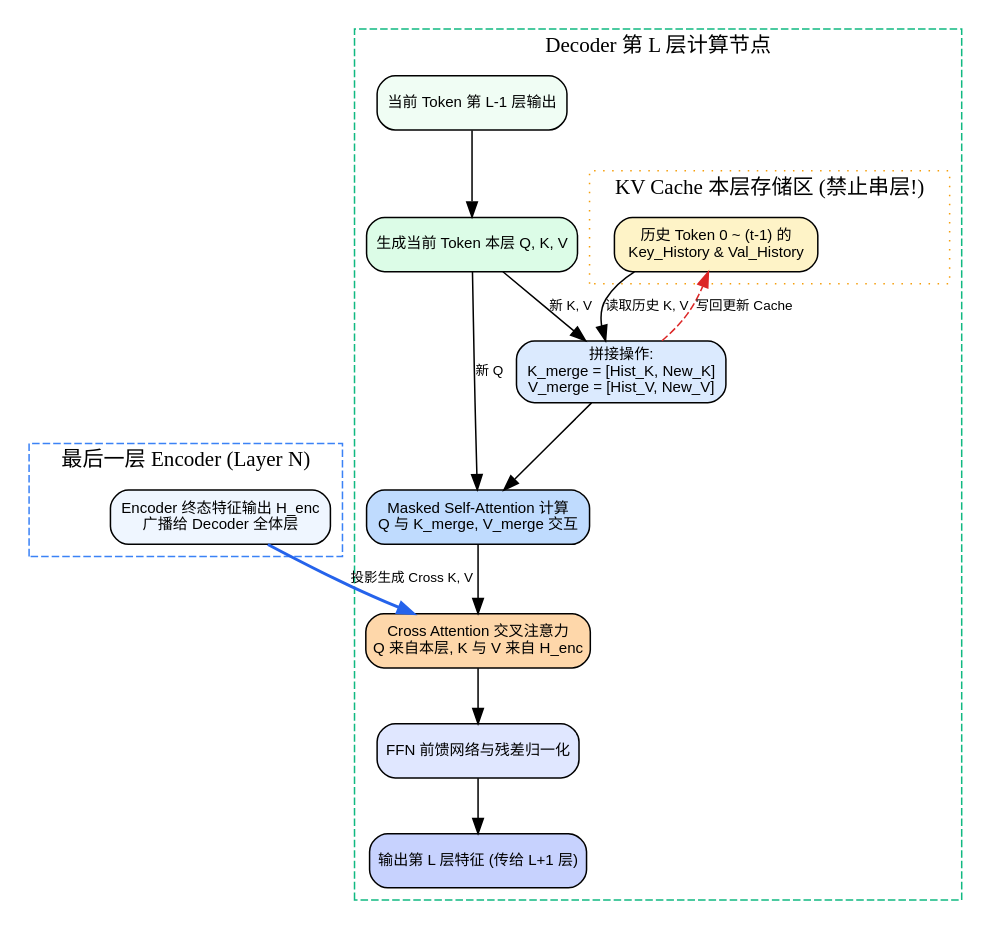
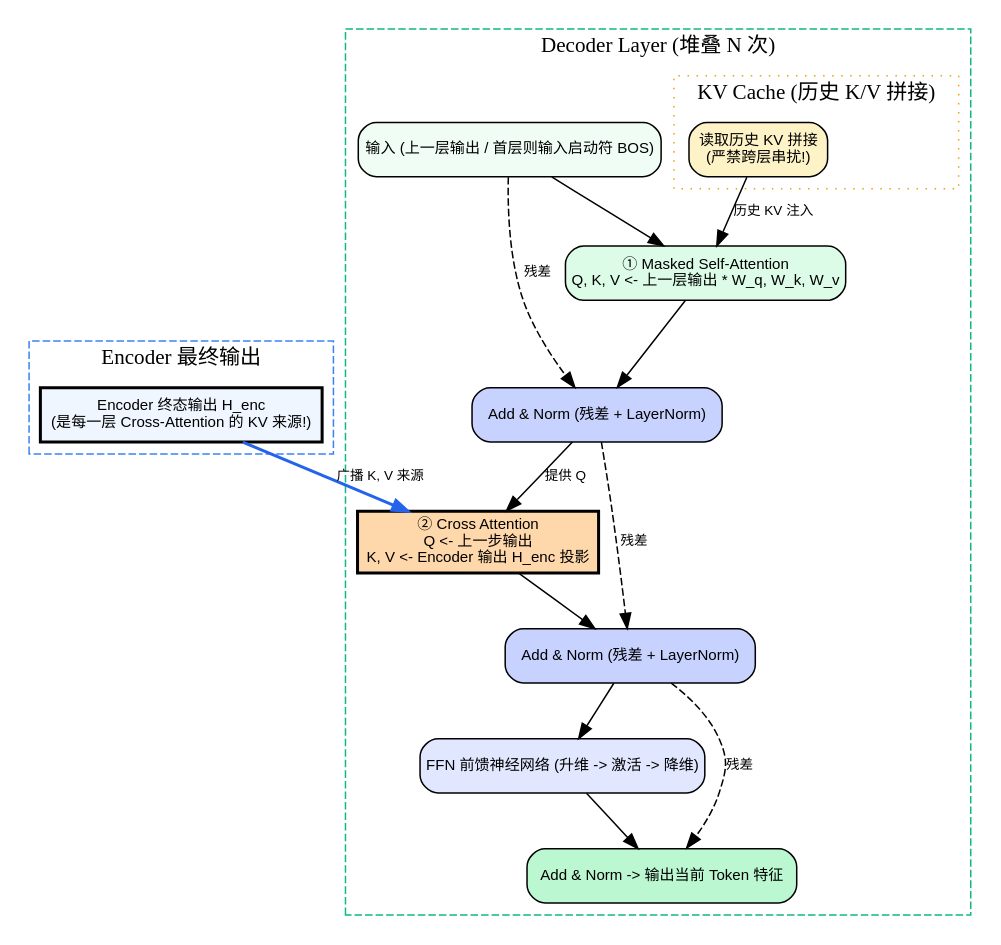
Before and after one commit to hqu-little-boy/blog: the third of 7 diagrams in src/content/posts/npu-chip-architecture-operators-and-dataflow-guide.md, drawn with Graphviz. The commit also changed other lines of this file, not shown here.

````diff
--- a/src/content/posts/npu-chip-architecture-operators-and-dataflow-guide.md
+++ b/src/content/posts/npu-chip-architecture-operators-and-dataflow-guide.md
@@ -310,46 +407,48 @@
 ```graphviz
-digraph decoder_flow {
+digraph decoder_architecture {
     rankdir=TD;
     node [shape=box, style="rounded,filled", fontname="sans-serif", fontsize=10];
     edge [fontname="sans-serif", fontsize=9];
 
     subgraph cluster_enc {
-        label = "最后一层 Encoder (Layer N)";
+        label = "Encoder 最终输出";
         style = dashed;
         color = "#3b82f6";
-        h_enc [label="Encoder 终态特征输出 H_enc\n广播给 Decoder 全体层", fillcolor="#eff6ff"];
+        h_enc [label="Encoder 终态输出 H_enc\n(是每一层 Cross-Attention 的 KV 来源!)", fillcolor="#eff6ff", style="filled,bold"];
     }
 
-    subgraph cluster_dec {
-        label = "Decoder 第 L 层计算节点";
+    subgraph cluster_dec_layer {
+        label = "Decoder Layer (堆叠 N 次)";
         style = dashed;
         color = "#10b981";
 
-        tok_in [label="当前 Token 第 L-1 层输出", fillcolor="#f0fdf4"];
-        gen_qkv [label="生成当前 Token 本层 Q, K, V", fillcolor="#dcfce7"];
+        in_tok [label="输入 (上一层输出 / 首层则输入启动符 BOS)", fillcolor="#f0fdf4"];
         
         subgraph cluster_kv {
-            label = "KV Cache 本层存储区 (禁止串层!)";
+            label = "KV Cache (历史 K/V 拼接)";
             style = dotted;
             color = "#f59e0b";
-            hist_kv [label="历史 Token 0 ~ (t-1) 的\nKey_History & Val_History", fillcolor="#fef3c7"];
+            kv_mem [label="读取历史 KV 拼接\n(严禁跨层串扰!)", fillcolor="#fef3c7"];
         }
 
-        concat [label="拼接操作:\nK_merge = [Hist_K, New_K]\nV_merge = [Hist_V, New_V]", fillcolor="#dbeafe"];
-        self_att [label="Masked Self-Attention 计算\nQ 与 K_merge, V_merge 交互", fillcolor="#bfdbfe"];
-        cross_att [label="Cross Attention 交叉注意力\nQ 来自本层, K 与 V 来自 H_enc", fillcolor="#fed7aa"];
-        ffn_dec [label="FFN 前馈网络与残差归一化", fillcolor="#e0e7ff"];
-        out_token [label="输出第 L 层特征 (传给 L+1 层)", fillcolor="#c7d2fe"];
+        self_att [label="① Masked Self-Attention\nQ, K, V <- 上一层输出 * W_q, W_k, W_v", fillcolor="#dcfce7"];
+        add_norm1 [label="Add & Norm (残差 + LayerNorm)", fillcolor="#c7d2fe"];
+        cross_att [label="② Cross Attention\nQ <- 上一步输出\nK, V <- Encoder 输出 H_enc 投影", fillcolor="#fed7aa", style="filled,bold"];
+        add_norm2 [label="Add & Norm (残差 + LayerNorm)", fillcolor="#c7d2fe"];
+        ffn [label="FFN 前馈神经网络 (升维 -> 激活 -> 降维)", fillcolor="#e0e7ff"];
+        add_norm3 [label="Add & Norm -> 输出当前 Token 特征", fillcolor="#bbf7d0"];
     }
 
-    tok_in -> gen_qkv;
-    gen_qkv -> concat [label="新 K, V"];
-    hist_kv -> concat [label="读取历史 K, V"];
-    gen_qkv -> self_att [label="新 Q"];
-    concat -> self_att;
-    concat -> hist_kv [label="写回更新 Cache", style="dashed", color="#dc2626"];
-    self_att -> cross_att;
-    h_enc -> cross_att [label="投影生成 Cross K, V", color="#2563eb", style="bold"];
-    cross_att -> ffn_dec -> out_token;
+    in_tok -> self_att;
+    kv_mem -> self_att [label="历史 KV 注入"];
+    self_att -> add_norm1;
+    in_tok -> add_norm1 [label="残差", style="dashed"];
+    add_norm1 -> cross_att [label="提供 Q"];
+    h_enc -> cross_att [label="广播 K, V 来源", color="#2563eb", style="bold"];
+    cross_att -> add_norm2;
+    add_norm1 -> add_norm2 [label="残差", style="dashed"];
+    add_norm2 -> ffn;
+    ffn -> add_norm3;
+    add_norm2 -> add_norm3 [label="残差", style="dashed"];
 }
 ```
````
